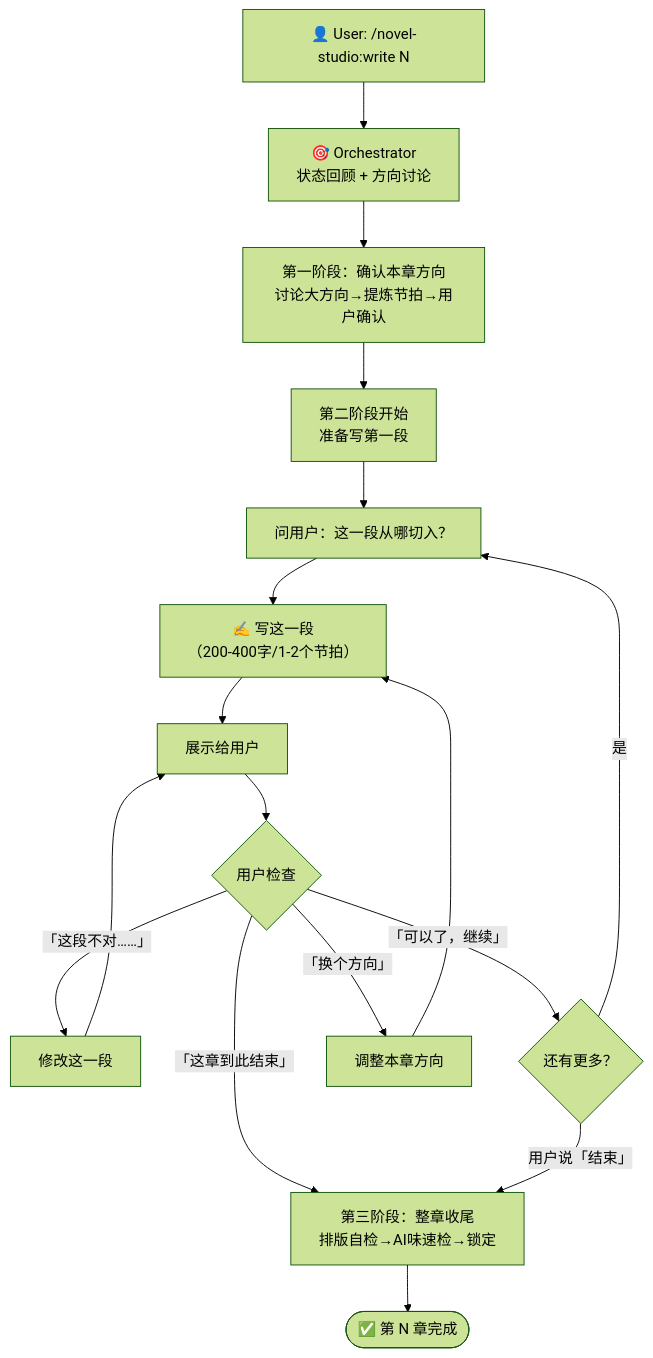
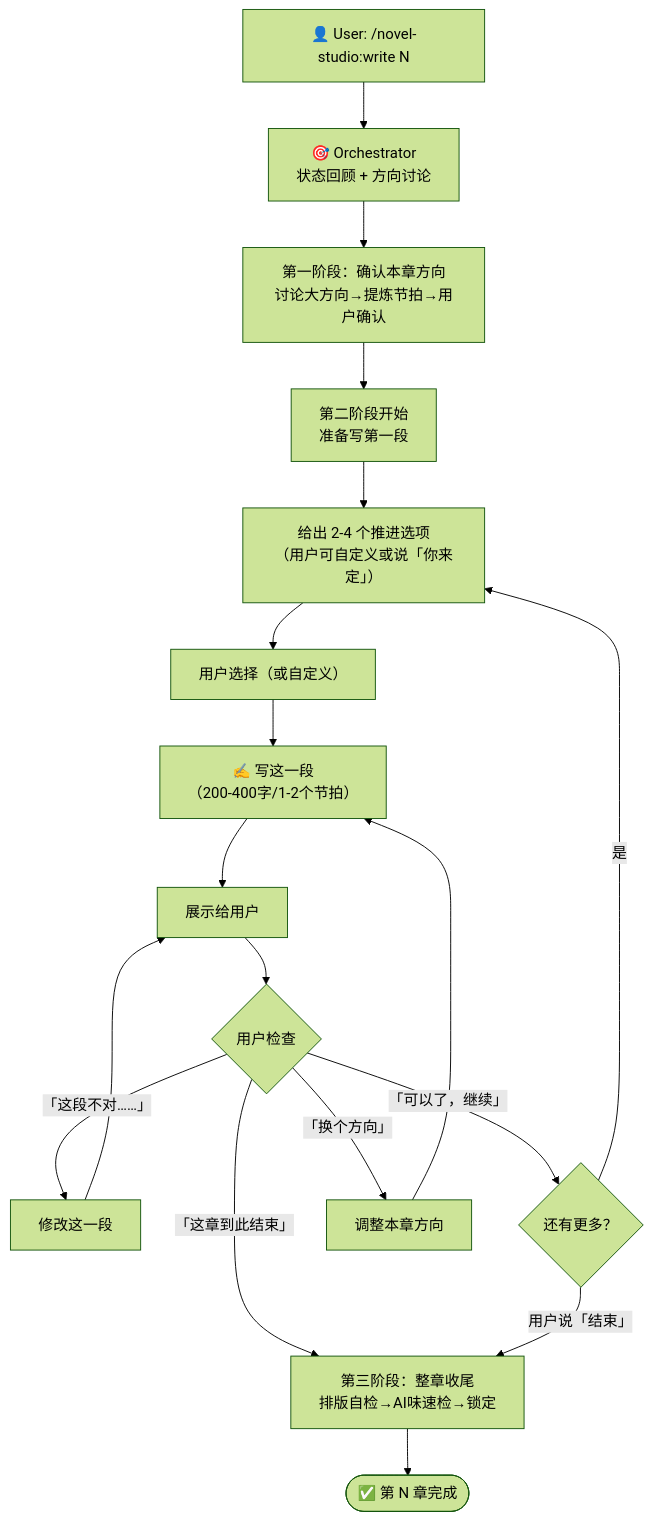
The diagram in workflows/write-chapter.md (deathwhispers/novel-studio), drawn with Mermaid (forest theme) before and after one commit. The commit also changed other lines of this file and 1 other file, not shown here.

First line of the commit message:
feat: write 每段前提供 2-4 个推进选项，用户选择或自定义

````diff
--- a/workflows/write-chapter.md
+++ b/workflows/write-chapter.md
@@ -11,31 +11,33 @@
 ```mermaid
 flowchart TD
     User["👤 User: /novel-studio:write N"]
     Orchestrator["🎯 Orchestrator<br/>状态回顾 + 方向讨论"]
 
     User --> Orchestrator
 
     Orchestrator --> Phase1["第一阶段：确认本章方向<br/>讨论大方向→提炼节拍→用户确认"]
 
     Phase1 --> Phase2Start["第二阶段开始<br/>准备写第一段"]
 
-    Phase2Start --> AskUser["问用户：这一段从哪切入？"]
+    Phase2Start --> GiveOptions["给出 2-4 个推进选项<br/>（用户可自定义或说「你来定」）"]
 
-    AskUser --> WriteSegment["✍️ 写这一段<br/>（200-400字/1-2个节拍）"]
+    GiveOptions --> UserSelect["用户选择（或自定义）"]
+
+    UserSelect --> WriteSegment["✍️ 写这一段<br/>（200-400字/1-2个节拍）"]
     WriteSegment --> ShowUser["展示给用户"]
 
     ShowUser --> UserCheck{"用户检查"}
     UserCheck -->|"「这段不对……」"| FixSegment["修改这一段"]
     FixSegment --> ShowUser
     UserCheck -->|"「可以了，继续」"| MoreSegments{"还有更多？"}
     UserCheck -->|"「换个方向」"| AdjustDirection["调整本章方向"]
     AdjustDirection --> WriteSegment
     UserCheck -->|"「这章到此结束」"| Phase3
 
-    MoreSegments -->|"是"| AskUser
+    MoreSegments -->|"是"| GiveOptions
     MoreSegments -->|"用户说「结束」"| Phase3
 
     Phase3["第三阶段：整章收尾<br/>排版自检→AI味速检→锁定"]
 
     Phase3 --> Done(["✅ 第 N 章完成"])
 ```
````
